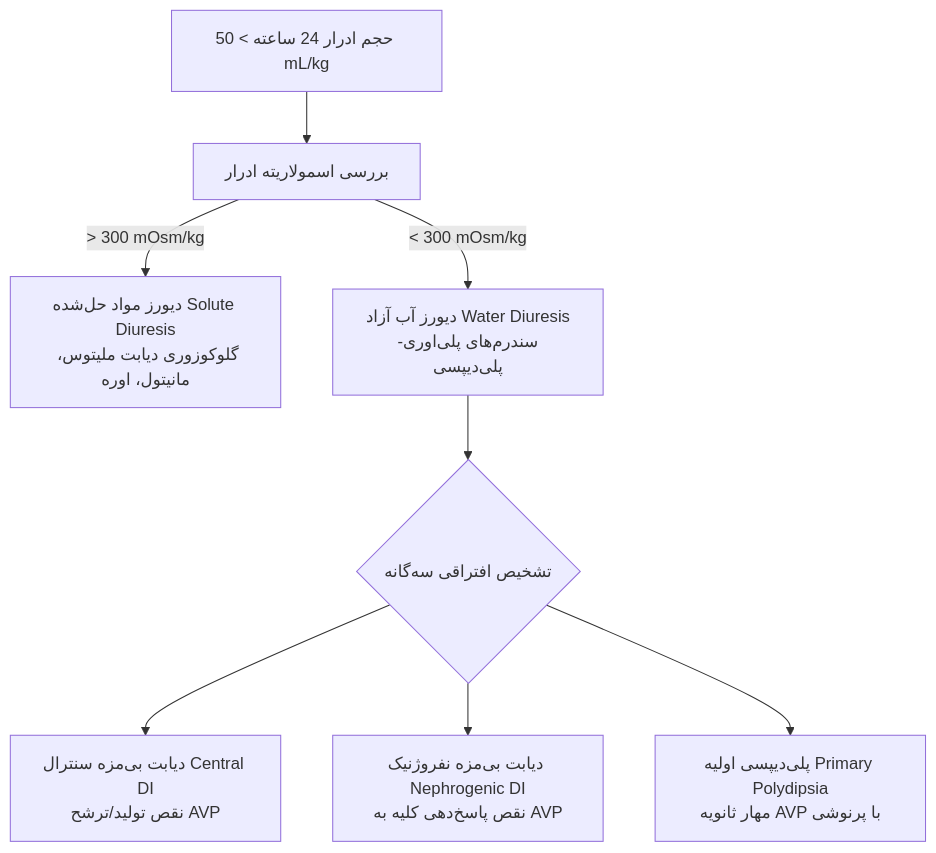
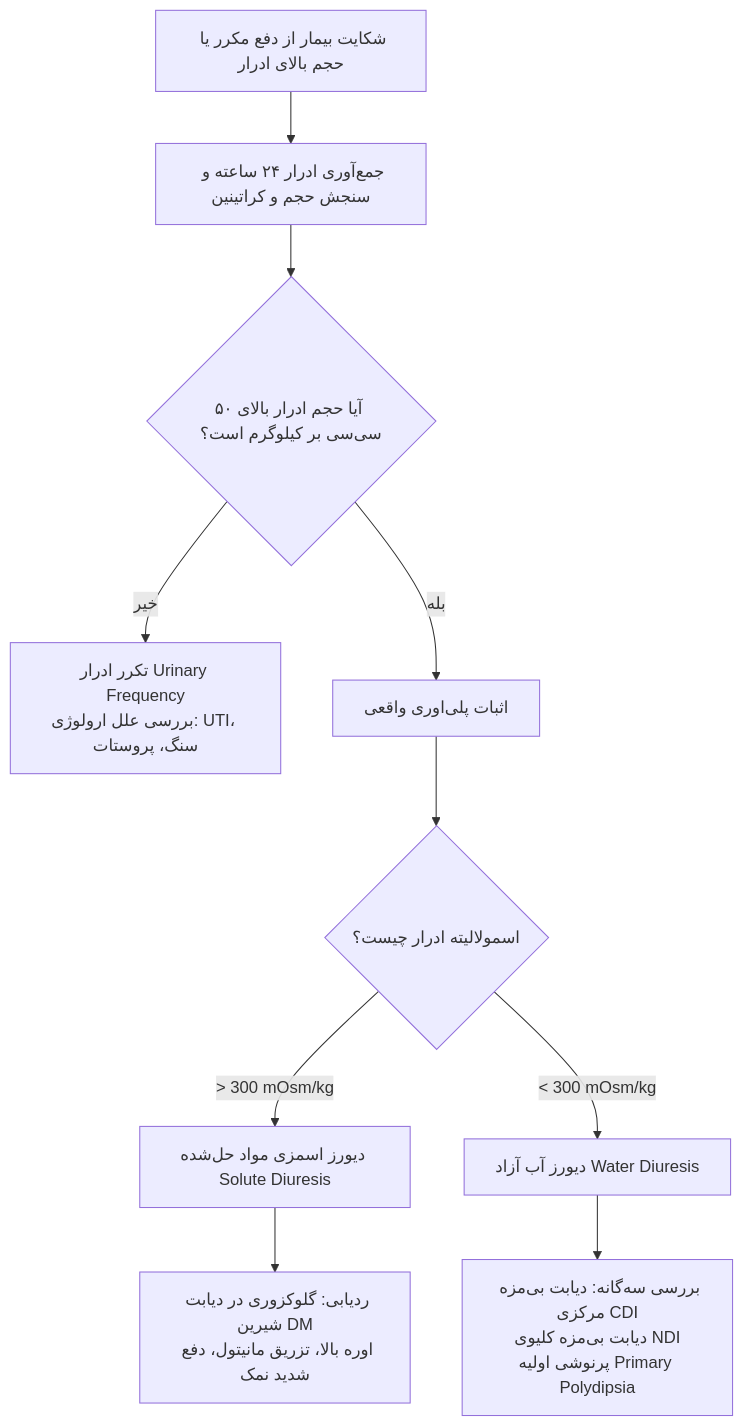
The fourth of 8 diagrams in 07/مبانی غدد/هیپوفیز خلفی.md (neopulse-hub/TUMS-1402-1-neo), drawn with Mermaid before and after one commit. The commit also changed other lines of this file, not shown here.

````diff
--- a/07/مبانی غدد/هیپوفیز خلفی.md
+++ b/07/مبانی غدد/هیپوفیز خلفی.md
@@ -121,11 +68,15 @@
 ```mermaid
-graph TD
-    PolyuriaCheck[حجم ادرار 24 ساعته > 50 mL/kg] --> CheckOsm[بررسی اسمولاریته ادرار]
-    CheckOsm -->|> 300 mOsm/kg| SoluteDiuresis[دیورز مواد حل‌شده Solute Diuresis<br>گلوکوزوری دیابت ملیتوس، مانیتول، اوره]
-    CheckOsm -->|< 300 mOsm/kg| WaterDiuresis[دیورز آب آزاد Water Diuresis<br>سندرم‌های پلی‌اوری-پلی‌دیپسی]
+flowchart TD
+    PolyuriaQuery[شکایت بیمار از دفع مکرر یا حجم بالای ادرار] --> Collect24[جمع‌آوری ادرار ۲۴ ساعته و سنجش حجم و کراتینین]
     
-    WaterDiuresis --> DiffDiag{تشخیص افتراقی سه‌گانه}
-    DiffDiag --> CDI[دیابت بی‌مزه سنترال Central DI<br>نقص تولید/ترشح AVP]
-    DiffDiag --> NDI[دیابت بی‌مزه نفروژنیک Nephrogenic DI<br>نقص پاسخ‌دهی کلیه به AVP]
-    DiffDiag --> PP[پلی‌دیپسی اولیه Primary Polydipsia<br>مهار ثانویه AVP با پرنوشی]
+    Collect24 --> VolCheck{آیا حجم ادرار بالای ۵۰ سی‌سی بر کیلوگرم است؟}
+    VolCheck -->|خیر| Freq[تکرر ادرار Urinary Frequency<br>بررسی علل ارولوژی: UTI، سنگ، پروستات]
+    VolCheck -->|بله| TruePoly[اثبات پلی‌اوری واقعی]
+    
+    TruePoly --> OsmCheck{اسمولالیته ادرار چیست؟}
+    OsmCheck -->|> 300 mOsm/kg| SoluteDiuresis[دیورز اسمزی مواد حل‌شده Solute Diuresis]
+    SoluteDiuresis --> DiffSolute[ردیابی: گلوکزوری در دیابت شیرین DM<br>اوره بالا، تزریق مانیتول، دفع شدید نمک]
+    
+    OsmCheck -->|< 300 mOsm/kg| WaterDiuresis[دیورز آب آزاد Water Diuresis]
+    WaterDiuresis --> DiffWater[بررسی سه‌گانه: دیابت بی‌مزه مرکزی CDI<br>دیابت بی‌مزه کلیوی NDI<br>پرنوشی اولیه Primary Polydipsia]
 ```
````
